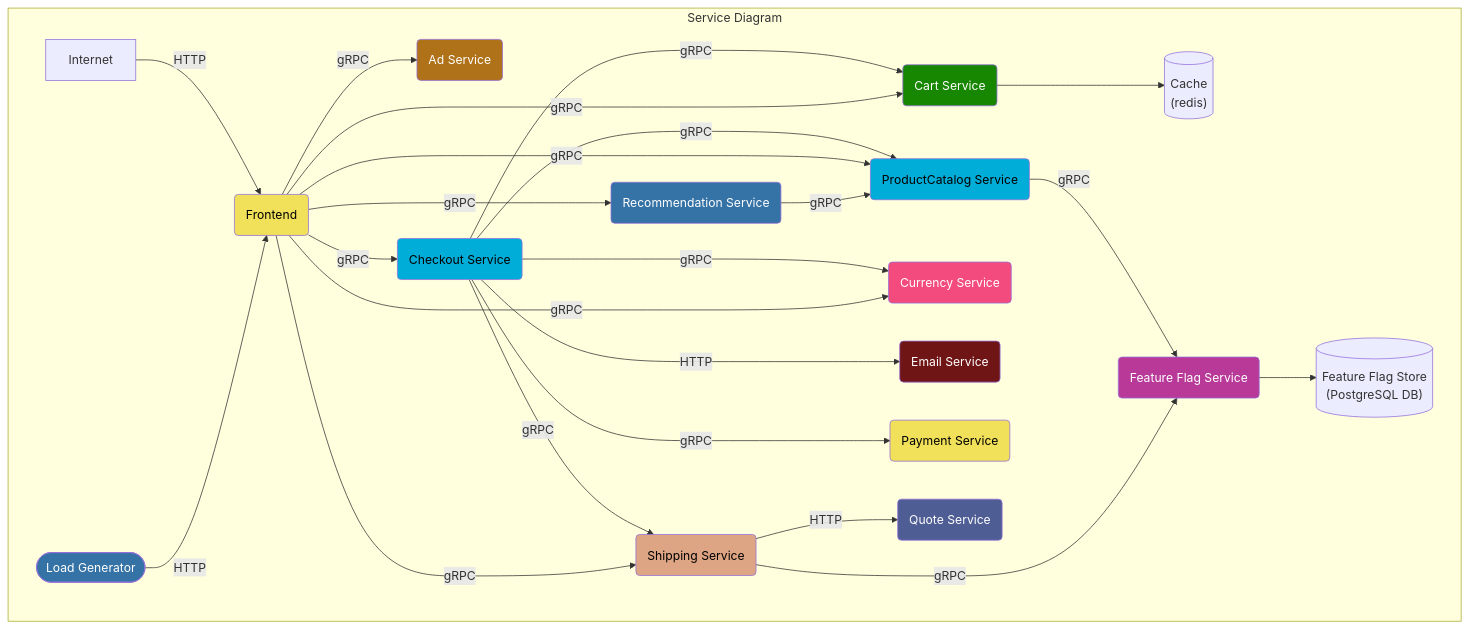
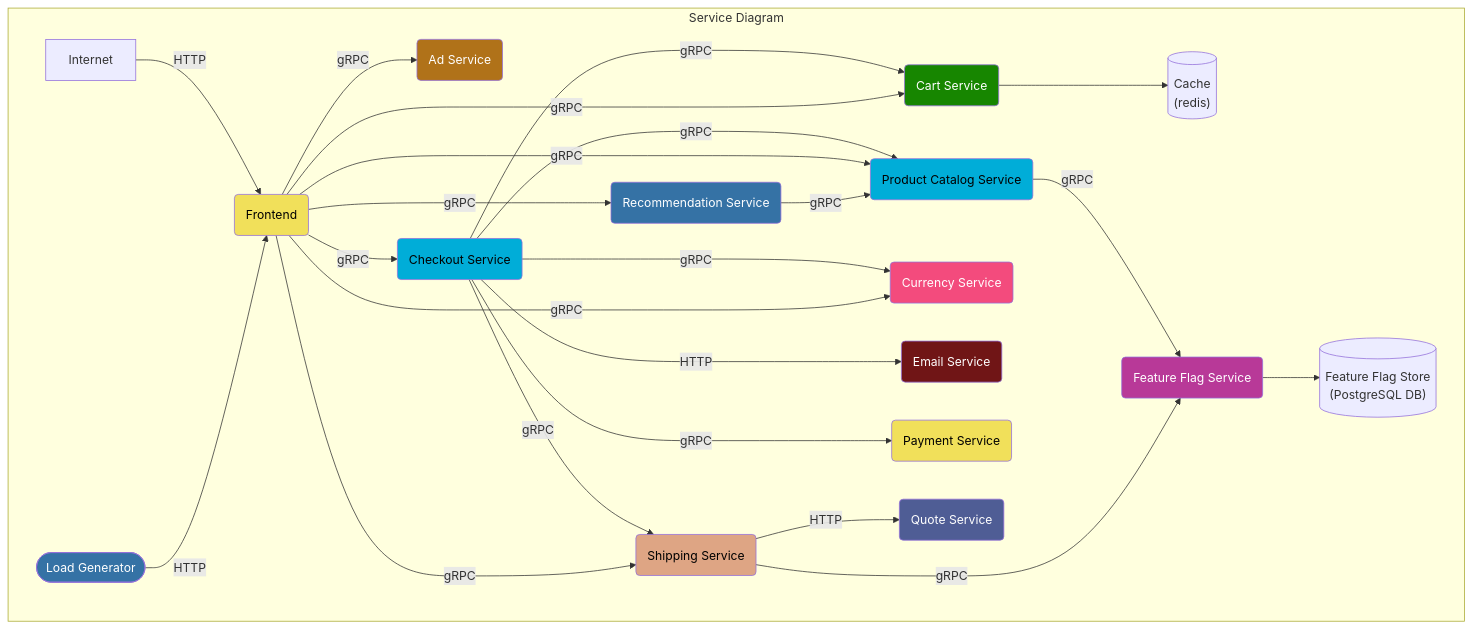
Before and after one commit to open-telemetry/opentelemetry-demo: the first of 2 diagrams in README.md, drawn with Mermaid.

Commit message:
Add space

````diff
--- a/README.md
+++ b/README.md
@@ -35,56 +35,56 @@
 ```mermaid
 graph TD
 
 subgraph Service Diagram
 adservice(Ad Service):::java
 cache[(Cache<br/>&#40redis&#41)]
 cartservice(Cart Service):::dotnet
 checkoutservice(Checkout Service):::golang
 currencyservice(Currency Service):::cpp
 emailservice(Email Service):::ruby
 frontend(Frontend):::javascript
 loadgenerator([Load Generator]):::python
 paymentservice(Payment Service):::javascript
-productcatalogservice(ProductCatalog Service):::golang
+productcatalogservice(Product Catalog Service):::golang
 quoteservice(Quote Service):::php
 recommendationservice(Recommendation Service):::python
 shippingservice(Shipping Service):::rust
 featureflagservice(Feature Flag Service):::erlang
 featureflagstore[(Feature Flag Store<br/>&#40PostgreSQL DB&#41)]
 
 Internet -->|HTTP| frontend
 loadgenerator -->|HTTP| frontend
 
 checkoutservice --->|gRPC| cartservice --> cache
 checkoutservice --->|gRPC| productcatalogservice
 checkoutservice --->|gRPC| currencyservice
 checkoutservice --->|HTTP| emailservice
 checkoutservice --->|gRPC| paymentservice
 checkoutservice -->|gRPC| shippingservice
 
 frontend -->|gRPC| adservice
 frontend -->|gRPC| cartservice
 frontend -->|gRPC| productcatalogservice
 frontend -->|gRPC| checkoutservice
 frontend -->|gRPC| currencyservice
 frontend -->|gRPC| recommendationservice -->|gRPC| productcatalogservice
 frontend -->|gRPC| shippingservice -->|HTTP| quoteservice
 
 productcatalogservice -->|gRPC| featureflagservice
 
 shippingservice -->|gRPC| featureflagservice
 
 featureflagservice --> featureflagstore
 
 end
 classDef java fill:#b07219,color:white;
 classDef dotnet fill:#178600,color:white;
 classDef golang fill:#00add8,color:black;
 classDef cpp fill:#f34b7d,color:white;
 classDef ruby fill:#701516,color:white;
 classDef python fill:#3572A5,color:white;
 classDef javascript fill:#f1e05a,color:black;
 classDef rust fill:#dea584,color:black;
 classDef erlang fill:#b83998,color:white;
 classDef php fill:#4f5d95,color:white;
 ```
````
